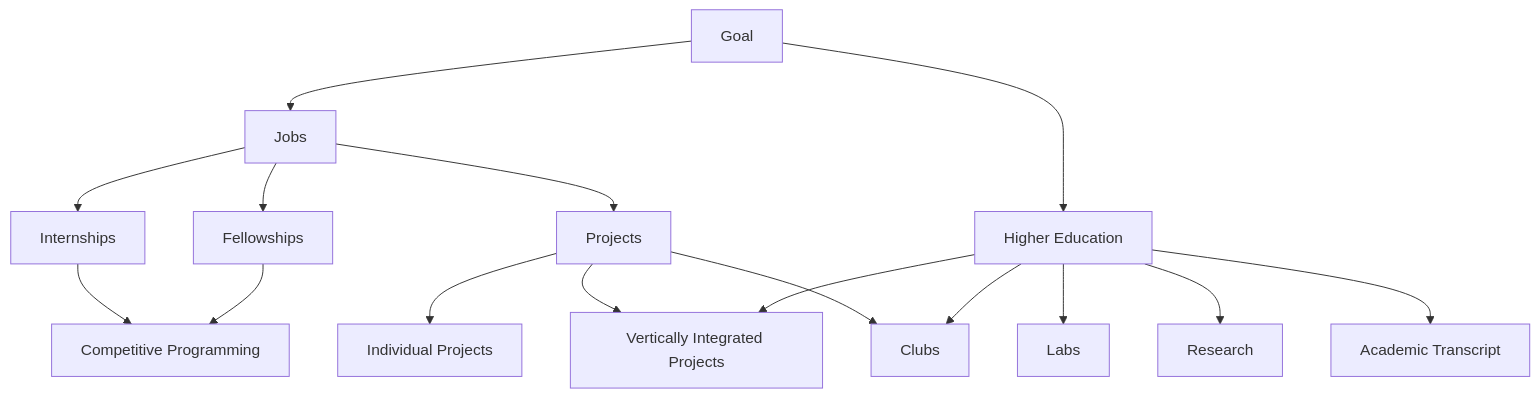
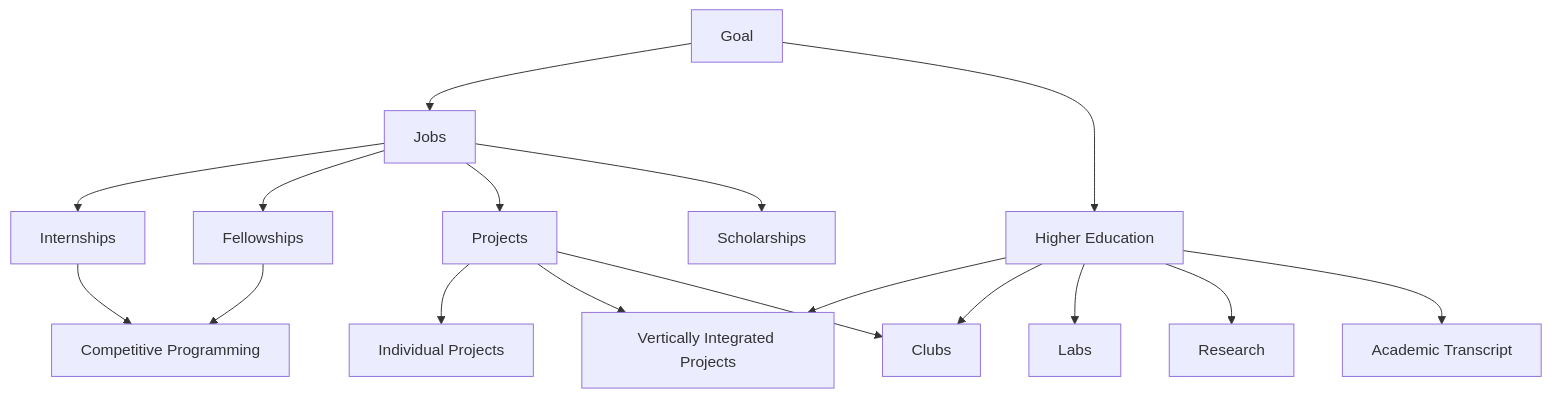
Before and after one commit to BUGS-NYU/nyu-cs-wiki: the diagram in docs/Opportunities/opportunities.md, drawn with Mermaid. The commit also changed 1 other file, not shown here.

Commit message:
made changes to the scholarships write up, according to the code review comments

````diff
--- a/docs/Opportunities/opportunities.md
+++ b/docs/Opportunities/opportunities.md
@@ -9,21 +9,22 @@
 ```mermaid
 flowchart TD
     g[Goal] --> j[Jobs]
     g --> r[Higher Education]
 
     j --> internships[Internships]
     j --> fellowships[Fellowships]
     j --> p[Projects]
+    j --> scholarships[Scholarships]
     p --> ip[Individual Projects]
     p --> vip[Vertically Integrated Projects]
     p --> clubs[Clubs]
     
     internships --> cp[Competitive Programming]
     fellowships --> cp
 
     r --> vip
     r --> clubs
     r --> labs[Labs]
     r --> research[Research]
     r --> gpa[Academic Transcript]
 ```
````
